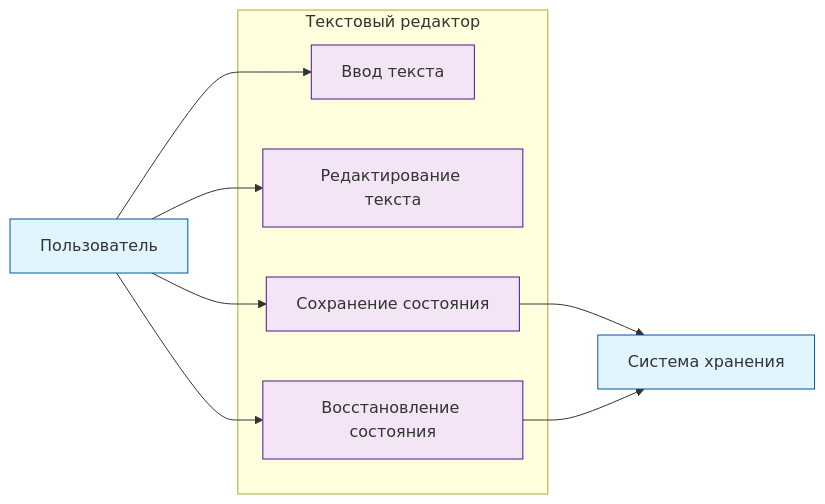
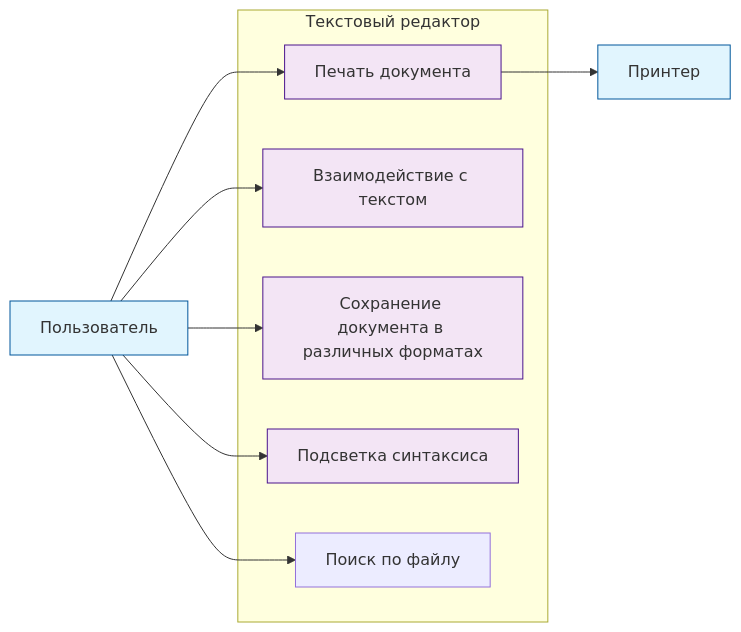
Before and after one commit to penamarth/bsbo-16-23_team5_var11_textedit: the diagram in Документация/Преценденты/Диаграмма прецедентов.md, drawn with Mermaid.

Commit message:
Update Диаграмма прецедентов.md
Отредактирована диаграмма прецедентов

````diff
--- a/Документация/Преценденты/Диаграмма прецедентов.md
+++ b/Документация/Преценденты/Диаграмма прецедентов.md
@@ -3,24 +3,25 @@
 ```mermaid
 flowchart LR
     actor1[Пользователь]:::actor
-    actor2[Система хранения]:::actor
+    actor2[Принтер]:::actor
 
     subgraph editor[Текстовый редактор]
-        UC1[Ввод текста]
-        UC2[Редактирование текста]
-        UC3[Сохранение состояния]
-        UC4[Восстановление состояния]
+        UC1[Печать документа]
+        UC2[Взаимодействие с текстом]
+        UC3[Сохранение документа в различных форматах]
+        UC4[Подсветка синтаксиса]
+        UC5[Поиск по файлу]
     end
 
     actor1 --> UC1
     actor1 --> UC2
     actor1 --> UC3
     actor1 --> UC4
-    UC3 --> actor2
-    UC4 --> actor2
+    actor1 --> UC5
+    UC1 --> actor2
 
     classDef actor fill:#e1f5fe,stroke:#01579b
     classDef usecase fill:#f3e5f5,stroke:#4a148c
     class UC1,UC2,UC3,UC4 usecase
     class actor1,actor2 actor
 ```
````
